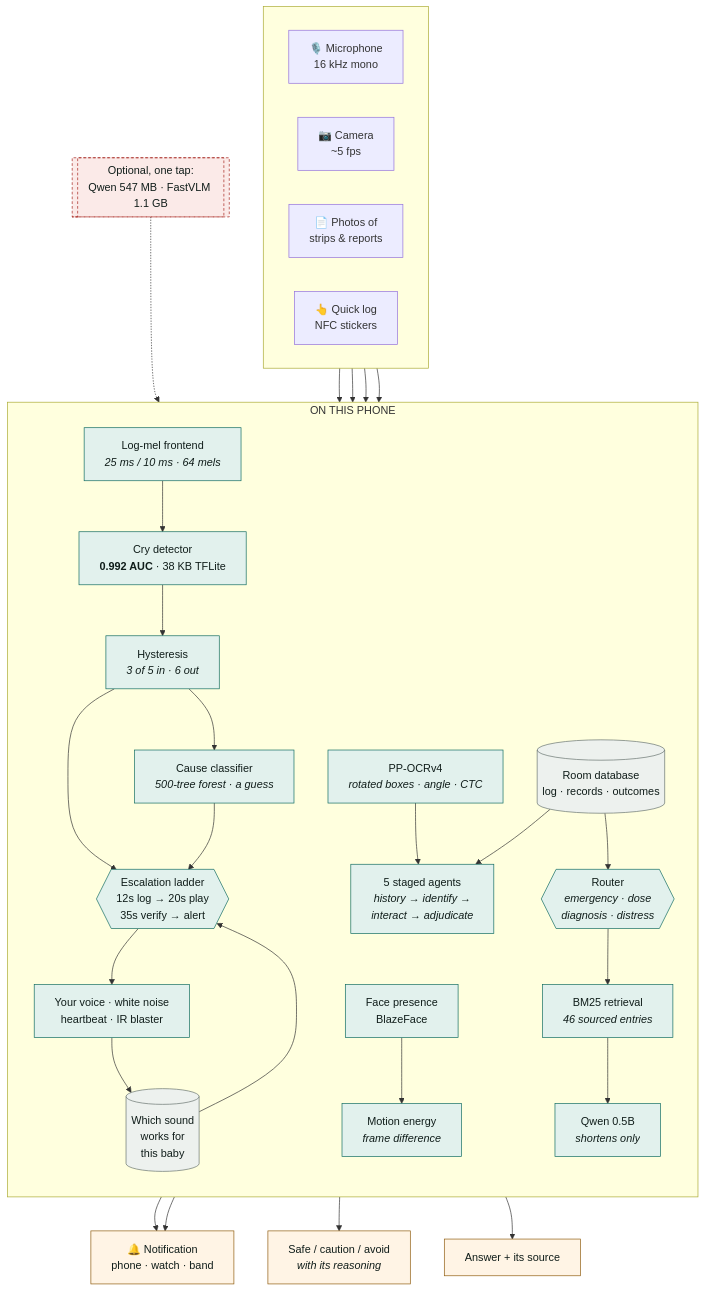
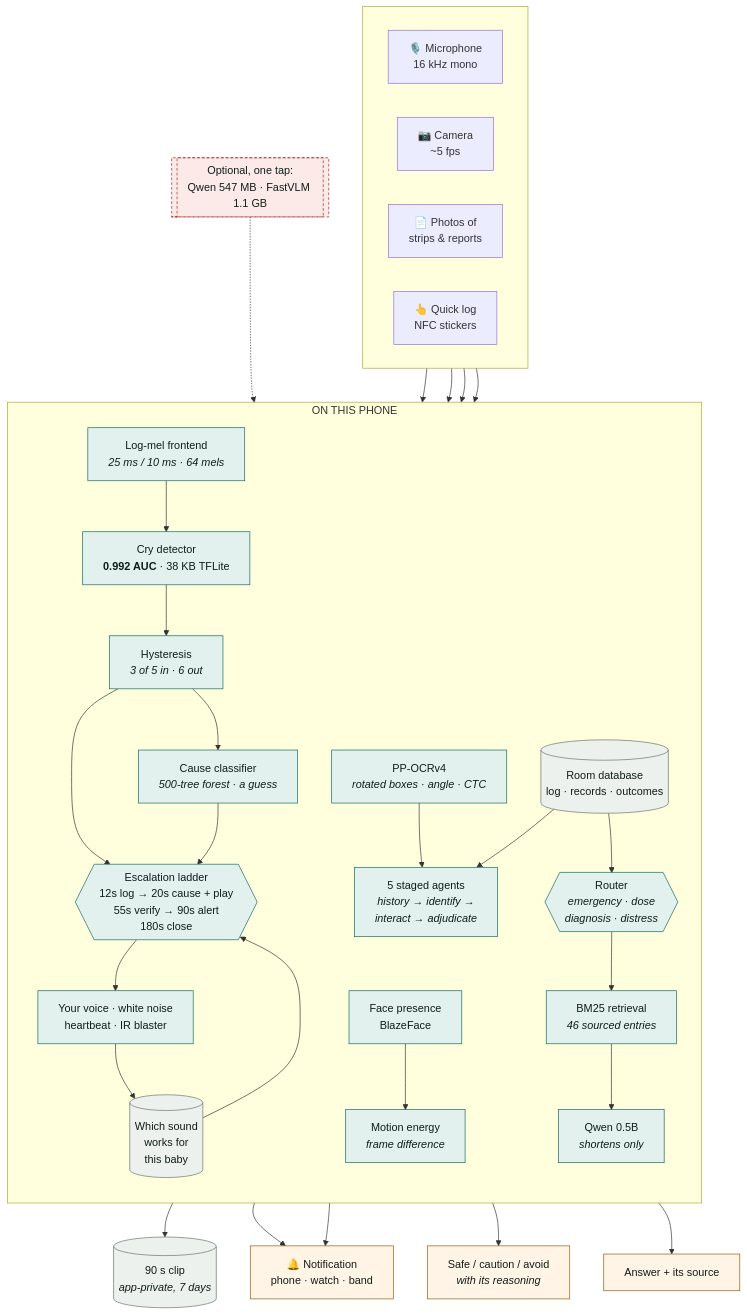
One commit to nandini-kuppala/Nila changed the diagram in README.md. Above: the diagram before and after it, drawn with Mermaid. The commit also changed other lines of this file and 19 other files, not shown here.

````diff
--- a/README.md
+++ b/README.md
@@ -109,62 +116,63 @@
 ```mermaid
 flowchart TB
     subgraph inputs [" "]
         direction LR
         MIC["🎙️ Microphone<br/>16 kHz mono"]
         CAM["📷 Camera<br/>~5 fps"]
         DOC["📄 Photos of<br/>strips &amp; reports"]
         TAP["👆 Quick log<br/>NFC stickers"]
     end
 
     subgraph device ["ON THIS PHONE"]
         direction TB
 
         FE["Log-mel frontend<br/><i>25 ms / 10 ms · 64 mels</i>"]
         DET["Cry detector<br/><b>0.992 AUC</b> · 38 KB TFLite"]
         HYS["Hysteresis<br/><i>3 of 5 in · 6 out</i>"]
         RF["Cause classifier<br/><i>500-tree forest · a guess</i>"]
 
-        LADDER{{"Escalation ladder<br/>12s log → 20s play<br/>35s verify → alert"}}
+        LADDER{{"Escalation ladder<br/>12s log → 20s cause + play<br/>55s verify → 90s alert<br/>180s close"}}
         SOOTHE["Your voice · white noise<br/>heartbeat · IR blaster"]
         MEM[("Which sound<br/>works for<br/>this baby")]
 
         FACE["Face presence<br/>BlazeFace"]
         MOT["Motion energy<br/><i>frame difference</i>"]
 
         OCR["PP-OCRv4<br/><i>rotated boxes · angle · CTC</i>"]
         AGENTS["5 staged agents<br/><i>history → identify →<br/>interact → adjudicate</i>"]
 
         ROUTE{{"Router<br/><i>emergency · dose<br/>diagnosis · distress</i>"}}
         BM25["BM25 retrieval<br/><i>46 sourced entries</i>"]
         LLM["Qwen 0.5B<br/><i>shortens only</i>"]
 
         DB[("Room database<br/>log · records · outcomes")]
     end
 
     MIC --> FE --> DET --> HYS --> LADDER
     HYS --> RF --> LADDER
     LADDER --> SOOTHE --> MEM --> LADDER
     CAM --> FACE --> MOT
     DOC --> OCR --> AGENTS
     TAP --> DB
     DB --> AGENTS
     DB --> ROUTE
     ROUTE --> BM25 --> LLM
 
+    LADDER --> CLIP[("90 s clip<br/><i>app-private, 7 days</i>")]
     LADDER --> ALERT["🔔 Notification<br/>phone · watch · band"]
     MOT --> ALERT
     AGENTS --> VERDICT["Safe / caution / avoid<br/><i>with its reasoning</i>"]
     LLM --> ANSWER["Answer + its source"]
 
     NET[["Optional, one tap:<br/>Qwen 547 MB · FastVLM 1.1 GB"]]
     NET -.-> LLM
 
     classDef box fill:#E2F1ED,stroke:#0F6B60,stroke-width:1px,color:#101D1A
     classDef out fill:#FFF4E5,stroke:#8F5C0E,color:#101D1A
     classDef net fill:#FBEAE8,stroke:#A6231C,stroke-dasharray:4 3,color:#101D1A
     classDef store fill:#EDF1EE,stroke:#68746F,color:#101D1A
     class FE,DET,HYS,RF,LADDER,SOOTHE,FACE,MOT,OCR,AGENTS,ROUTE,BM25,LLM box
     class ALERT,VERDICT,ANSWER out
     class NET net
-    class DB,MEM store
+    class DB,MEM,CLIP store
 ```
````
